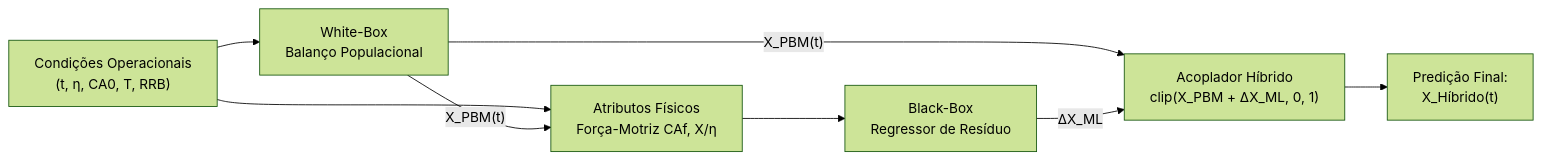
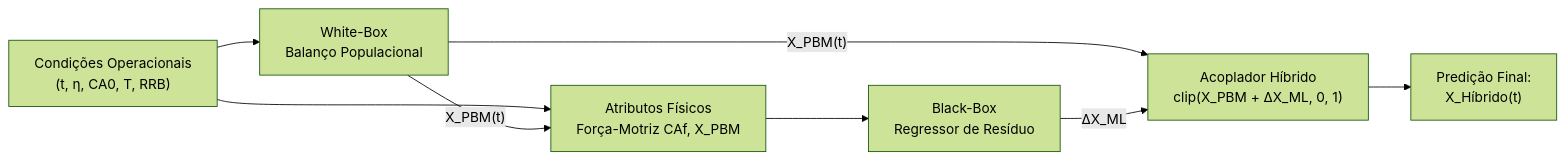
The diagram in scripts/Arquitetura.md (guimouraf1234-bit/lop), drawn with Mermaid (forest theme) before and after one commit. The commit also changed other lines of this file and 20 other files, not shown here.

````diff
--- a/scripts/Arquitetura.md
+++ b/scripts/Arquitetura.md
@@ -119,20 +123,20 @@
 ```mermaid
 graph LR
     A["Condições Operacionais<br/>(t, η, CA0, T, RRB)"]
     
     B["White-Box<br/>Balanço Populacional"]
     
-    C["Atributos Físicos<br/>Força-Motriz CAf, X/η"]
+    C["Atributos Físicos<br/>Força-Motriz CAf, X_PBM"]
     D["Black-Box<br/>Regressor de Resíduo"]
     
     E["Acoplador Híbrido<br/>clip(X_PBM + ΔX_ML, 0, 1)"]
     F["Predição Final:<br/>X_Híbrido(t)<br/>"]
 
     A --> B
     A --> C
     B -->|"X_PBM(t)"| C
     C --> D
     B -->|"X_PBM(t)"| E
     D -->|"ΔX_ML"| E
     E --> F
 ```
````
